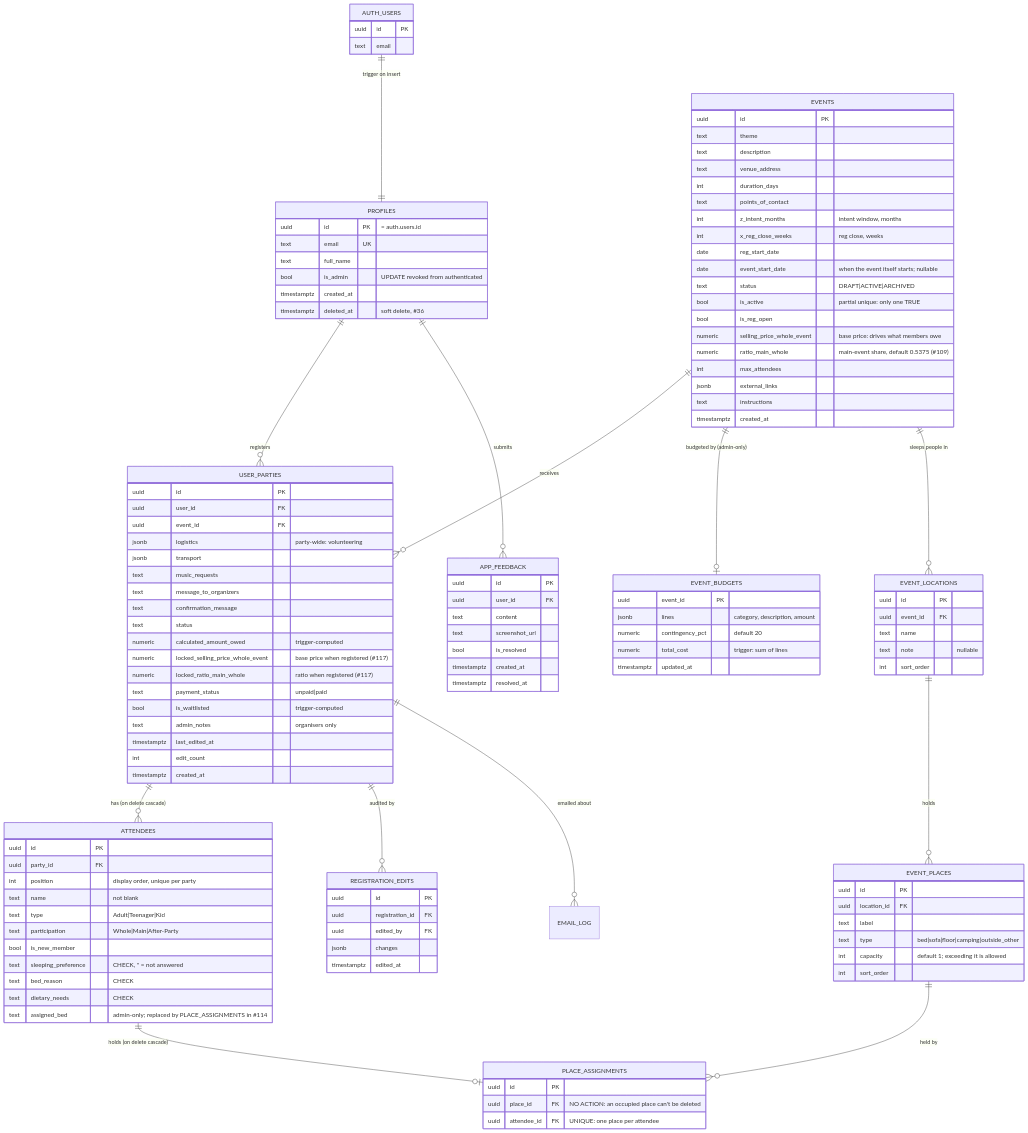
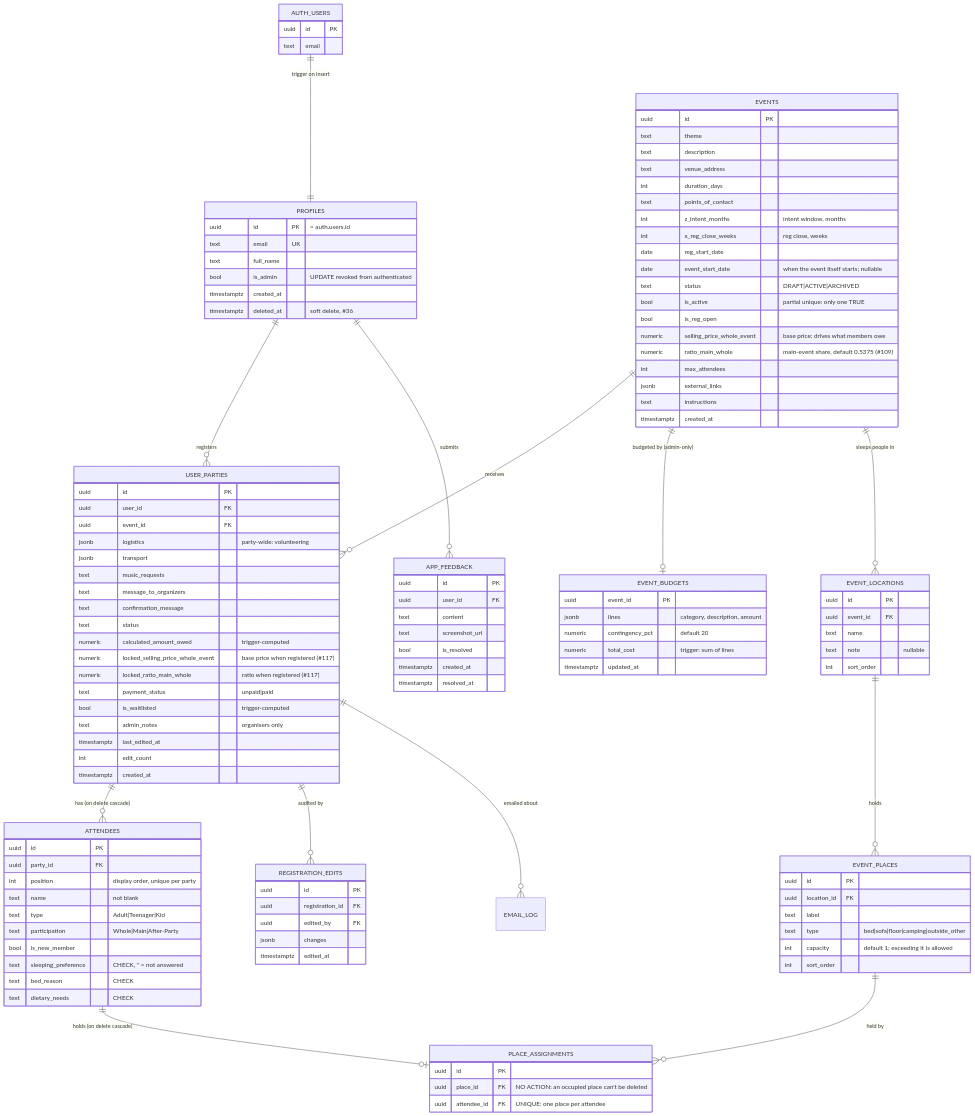
The first of 2 diagrams in docs/03-data-model.md (YULmix/yulmix-la-bedaine), drawn with Mermaid before and after one commit. The commit also changed other lines of this file and 26 other files, not shown here.

First line of the commit message:
feat(admin): assign sleeping places from a searchable dropdown; drop assigned_bed (#114) (#130)

```diff
--- a/docs/03-data-model.md
+++ b/docs/03-data-model.md
@@ -93,7 +93,6 @@
     text sleeping_preference "CHECK, '' = not answered"
     text bed_reason "CHECK"
     text dietary_needs "CHECK"
-    text assigned_bed "admin-only; replaced by PLACE_ASSIGNMENTS in #114"
   }
   EVENT_LOCATIONS {
     uuid id PK
```
